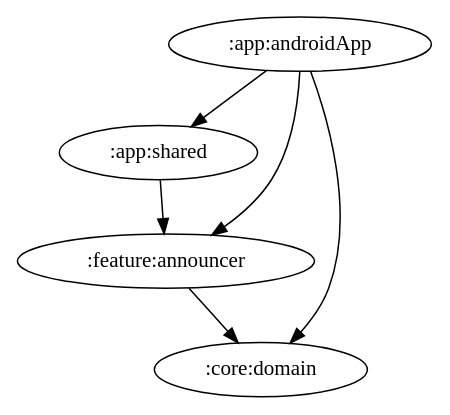
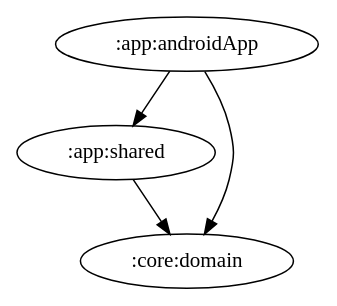
The diagram in docs/graphs/app-androidApp.gv (ai-kurou/KoDriver), drawn with Graphviz before and after one commit. The commit also changed 17 other files, not shown here.

Commit message:
chore: update module graph images [skip ci]

```diff
--- a/docs/graphs/app-androidApp.gv
+++ b/docs/graphs/app-androidApp.gv
@@ -1,7 +1,5 @@
 digraph G {
   ":app:androidApp" -> ":app:shared"
   ":app:androidApp" -> ":core:domain"
-  ":app:androidApp" -> ":feature:announcer"
-  ":app:shared" -> ":feature:announcer"
-  ":feature:announcer" -> ":core:domain"
+  ":app:shared" -> ":core:domain"
 }
```
